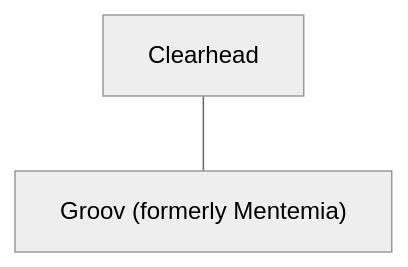
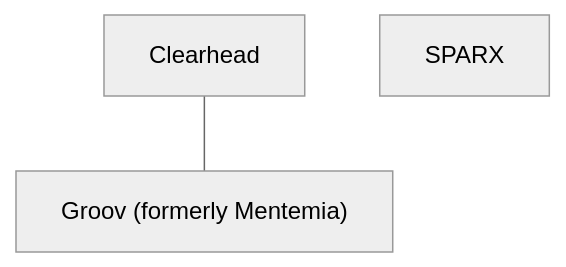
Before and after one commit to olitreadwell/nz-tech-for-good: diagram 14 of 22 in GUIDE.md, drawn with Mermaid (neutral theme). The commit also changed other lines of this file and 4 other files, not shown here.

````diff
--- a/GUIDE.md
+++ b/GUIDE.md
@@ -310,6 +315,7 @@
 ```mermaid
 flowchart TD
     n_Clearhead["Clearhead"]
     n_GroovformerlyMentemia["Groov (formerly Mentemia)"]
+    n_SPARX["SPARX"]
     n_Clearhead --- n_GroovformerlyMentemia
 ```
````
